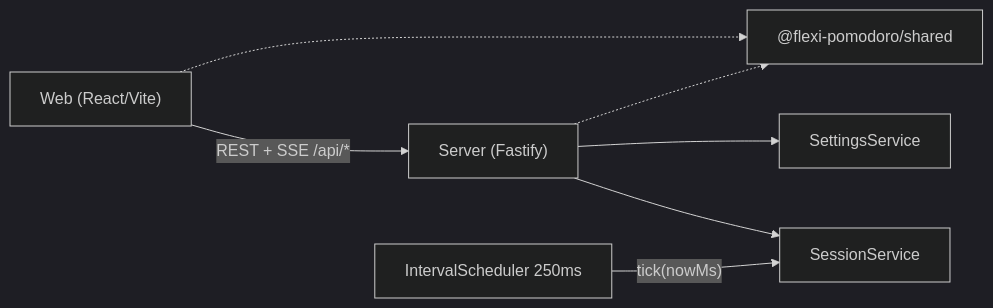
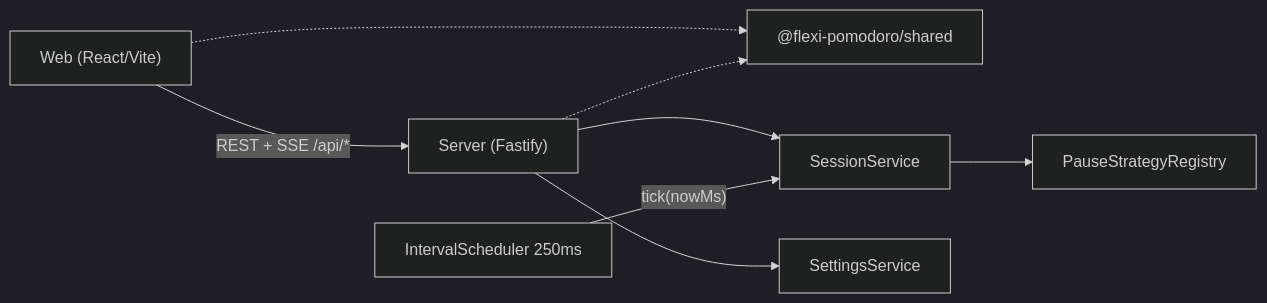
One commit to DKLokeswaran/flexi-pomodoro changed the diagram in docs/README.md. Above: the diagram before and after it, drawn with Mermaid (dark theme). The commit also changed 26 other files, not shown here.

First line of the commit message:
Extract soft pause into a WorkPauseStrategy plugin with strategy-agnostic pause and resume APIs.

````diff
--- a/docs/README.md
+++ b/docs/README.md
@@ -42,16 +42,18 @@
 ```mermaid
 flowchart LR
   Browser["Web (React/Vite)"]
   API["Server (Fastify)"]
   Shared["@flexi-pomodoro/shared"]
   Sched["IntervalScheduler 250ms"]
   Sess["SessionService"]
   Sett["SettingsService"]
+  Pause["PauseStrategyRegistry"]
 
   Browser -->|"REST + SSE /api/*"| API
   Browser -.-> Shared
   API -.-> Shared
   API --> Sett
   API --> Sess
+  Sess --> Pause
   Sched -->|"tick(nowMs)"| Sess
 ```
````
